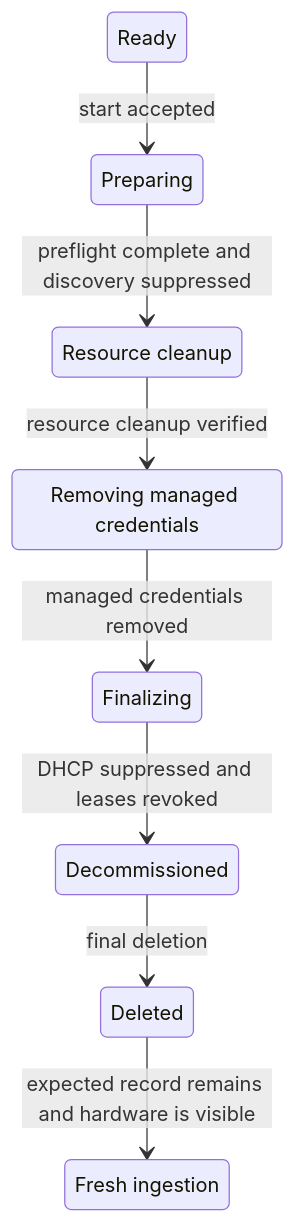
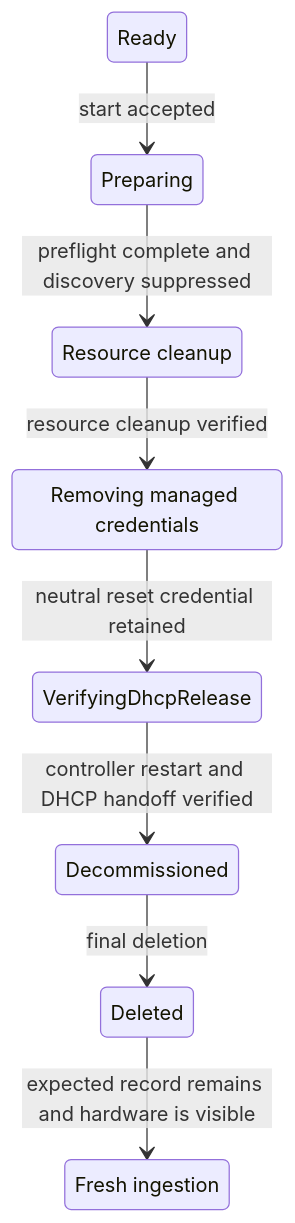
One commit to NVIDIA/bare-metal-manager-core changed the first of 2 diagrams in docs/design/decommissioning/decommissioning-workflow.md. Above: the diagram before and after it, drawn with Mermaid. The commit also changed other lines of this file and 4 other files, not shown here.

Commit message:
verify DHCP release on the BMC end

````diff
--- a/docs/design/decommissioning/decommissioning-workflow.md
+++ b/docs/design/decommissioning/decommissioning-workflow.md
@@ -67,19 +67,19 @@
 ```mermaid
 stateDiagram-v2
     state "Ready" as Ready
     state "Preparing" as Preparing
     state "Resource cleanup" as Cleanup
     state "Removing managed credentials" as RemovingCredentials
-    state "Finalizing" as Finalizing
+    state "VerifyingDhcpRelease" as VerifyingDhcpRelease
     state "Decommissioned" as Decommissioned
     state "Deleted" as Deleted
     state "Fresh ingestion" as FreshIngestion
 
     Ready --> Preparing : start accepted
     Preparing --> Cleanup : preflight complete and discovery suppressed
     Cleanup --> RemovingCredentials : resource cleanup verified
-    RemovingCredentials --> Finalizing : managed credentials removed
-    Finalizing --> Decommissioned : DHCP suppressed and leases revoked
+    RemovingCredentials --> VerifyingDhcpRelease : neutral reset credential retained
+    VerifyingDhcpRelease --> Decommissioned : controller restart and DHCP handoff verified
     Decommissioned --> Deleted : final deletion
     Deleted --> FreshIngestion : expected record remains and hardware is visible
 ```
````
